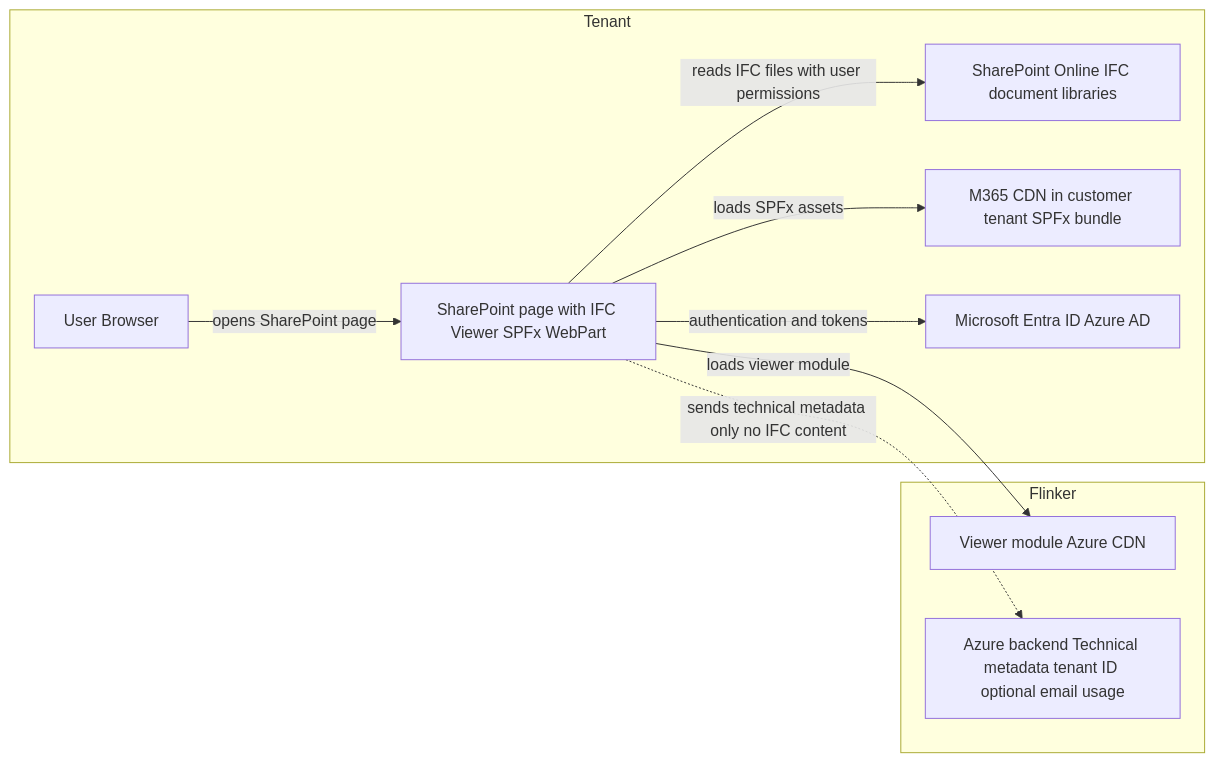
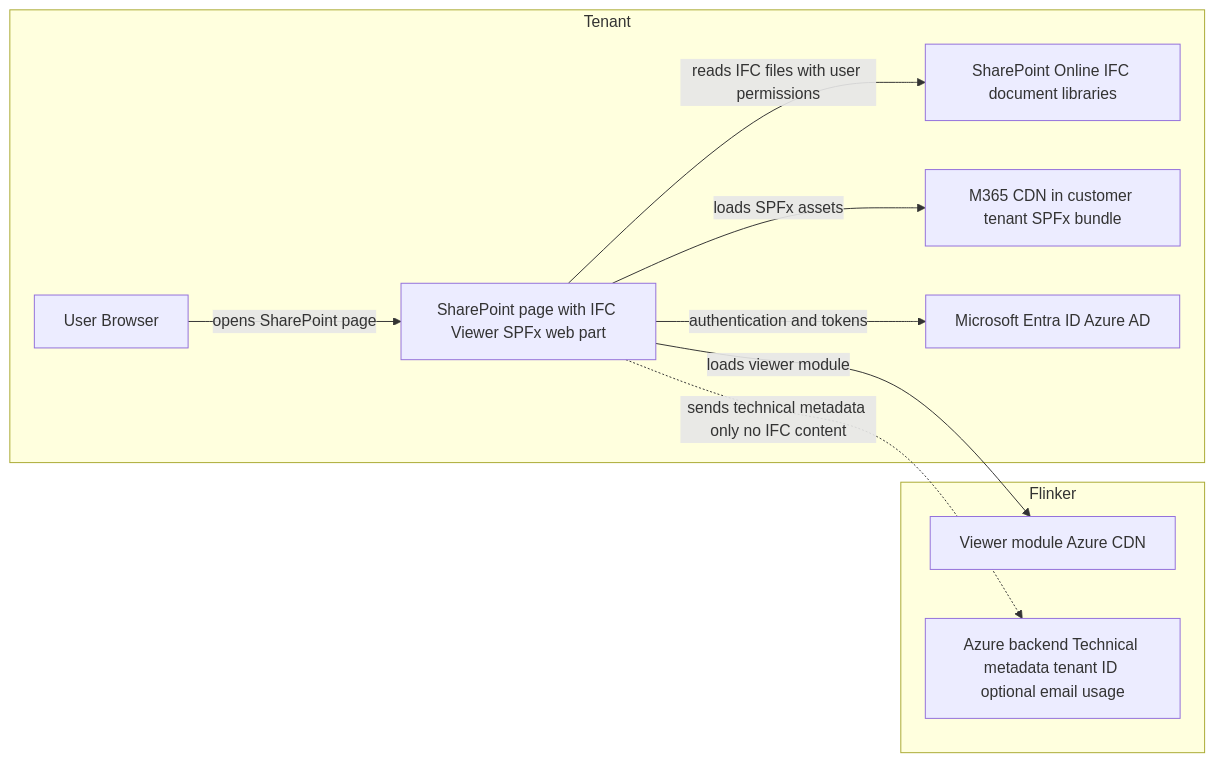
Before and after one commit to flinker-app/docsfx: the diagram in docs/ifc-viewer-sharepoint-architecture-and-data-protection.md, drawn with Mermaid. The commit also changed other lines of this file and 85 other files, not shown here.

````diff
--- a/docs/ifc-viewer-sharepoint-architecture-and-data-protection.md
+++ b/docs/ifc-viewer-sharepoint-architecture-and-data-protection.md
@@ -106,22 +106,22 @@
 ```mermaid
 flowchart LR
   subgraph Tenant
     BrowserUser[User Browser]
-    SharePointPage[SharePoint page with IFC Viewer SPFx WebPart]
+    SharePointPage[SharePoint page with IFC Viewer SPFx web part]
     SharePointLib[SharePoint Online IFC document libraries]
     M365CDN[M365 CDN in customer tenant SPFx bundle]
     EntraID[Microsoft Entra ID Azure AD]
   end
 
   subgraph Flinker
     ViewerModule[Viewer module Azure CDN]
     Backend[Azure backend Technical metadata tenant ID optional email usage]
   end
 
   BrowserUser -->|opens SharePoint page| SharePointPage
   SharePointPage -->|loads SPFx assets| M365CDN
   SharePointPage -->|authentication and tokens| EntraID
   SharePointPage -->|reads IFC files with user permissions| SharePointLib
   SharePointPage -->|loads viewer module| ViewerModule
   SharePointPage -.->|sends technical metadata only no IFC content| Backend
 ```
````
